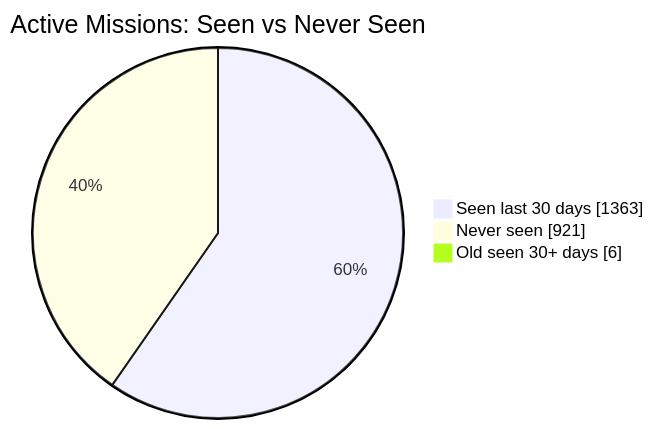
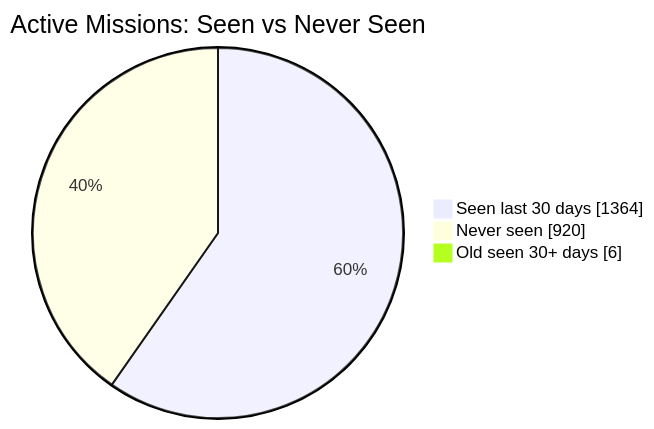
One commit to MeldkamerspelGameTeam/active-missions changed the first of 2 diagrams in README.md. Above: the diagram before and after it, drawn with Mermaid. The commit also changed other lines of this file and 3 other files, not shown here.

````diff
--- a/README.md
+++ b/README.md
@@ -34,7 +34,7 @@
 ```mermaid
 pie showData
     title Active Missions: Seen vs Never Seen
-    "Seen last 30 days" : 1363
-    "Never seen" : 921
+    "Seen last 30 days" : 1364
+    "Never seen" : 920
     "Old seen 30+ days" : 6
 ```
````
